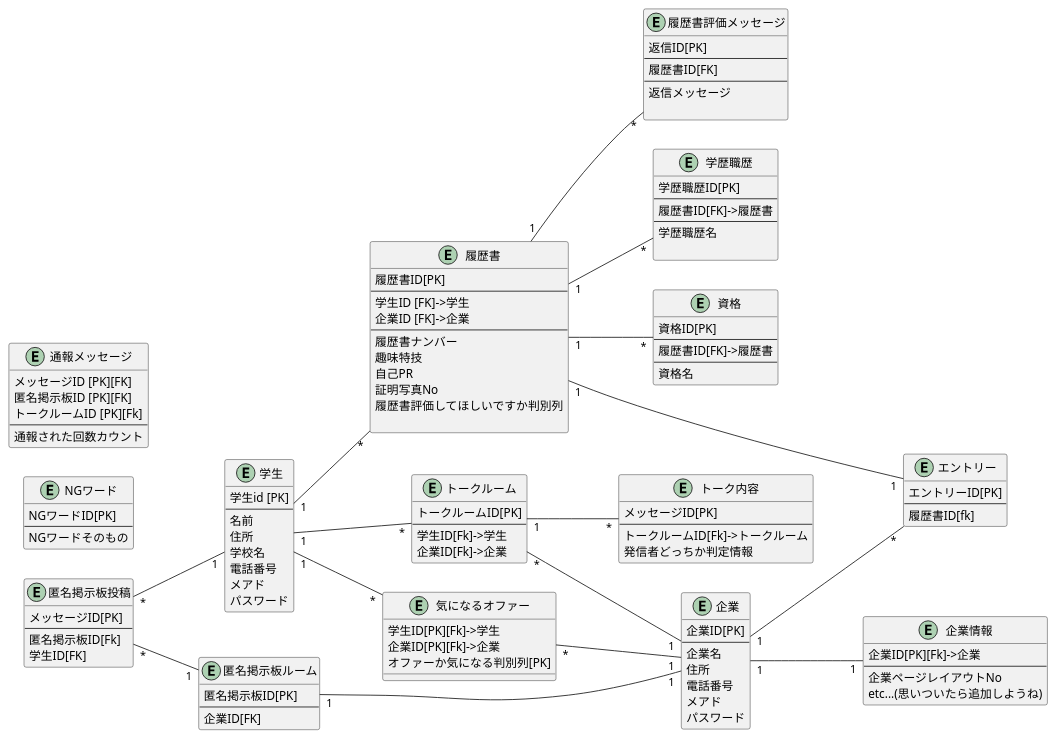
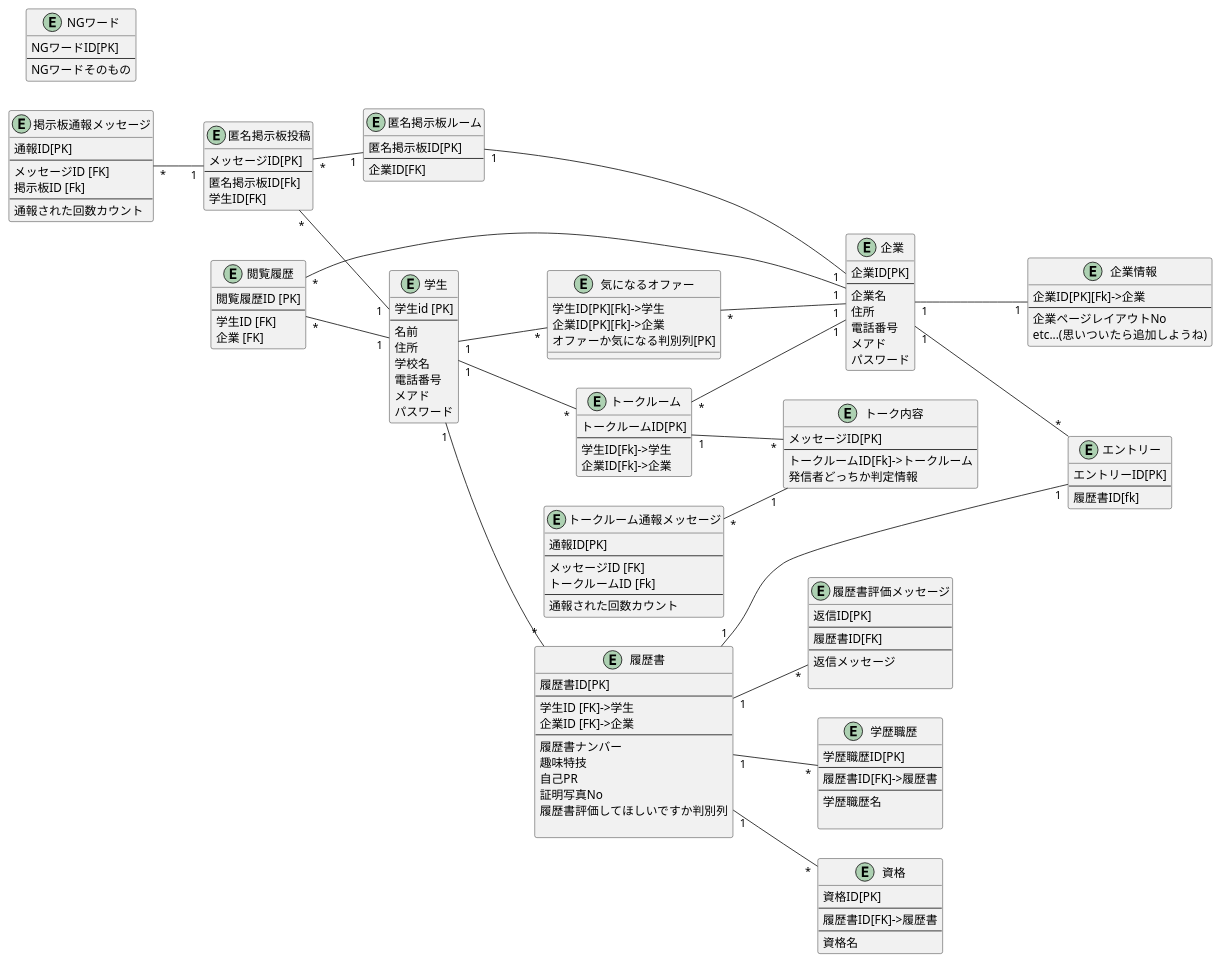
Before and after one commit to 231048Miki/Oto-fu: the diagram in er.pu, drawn with PlantUML. The commit also changed 5 other files, not shown here.

```diff
--- a/er.pu
+++ b/er.pu
@@ -1,141 +1,163 @@
 @startuml
 left to right direction
 
 entity 学生 {
   学生id [PK]
   --
   名前
   住所
   学校名
   電話番号
   メアド
   パスワード
 }
 
 entity 企業 {
     企業ID[PK]
     --
     企業名
     住所
     電話番号
     メアド
     パスワード
 }
 
 entity 履歴書 {
     履歴書ID[PK]
     --
     学生ID [FK]->学生
     企業ID [FK]->企業
     --
     履歴書ナンバー
     趣味特技
     自己PR
     証明写真No
     履歴書評価してほしいですか判別列
 
 }
 
 entity 学歴職歴 {
         学歴職歴ID[PK]
         --
         履歴書ID[FK]->履歴書
         --
         学歴職歴名
 
 }
 
 entity 資格 {
         資格ID[PK]
         --
         履歴書ID[FK]->履歴書
         --
         資格名
 }
 
 entity 匿名掲示板ルーム {
     匿名掲示板ID[PK]
     --
     企業ID[FK]
 }
 entity 匿名掲示板投稿 {
     メッセージID[PK]
     --
     匿名掲示板ID[Fk]
     学生ID[FK]
 }
 
 
 entity トークルーム {
     トークルームID[PK]
     --
     学生ID[Fk]->学生
     企業ID[Fk]->企業
 }
 
 entity トーク内容 {
     メッセージID[PK]
     --
     トークルームID[Fk]->トークルーム
     発信者どっちか判定情報
 }
 
 entity 気になるオファー {
     学生ID[PK][Fk]->学生
     企業ID[PK][Fk]->企業
     オファーか気になる判別列[PK]
 }
 
 entity 企業情報{
      企業ID[PK][Fk]->企業
      --
      企業ページレイアウトNo
      etc...(思いついたら追加しようね)
 }
 
 entity エントリー{
         エントリーID[PK]
         --
         履歴書ID[fk]
 }
 
 entity 履歴書評価メッセージ{
     返信ID[PK]
     --
     履歴書ID[FK]
     --
     返信メッセージ
 
 }
 
 entity NGワード{
     NGワードID[PK]
     --
     NGワードそのもの
 }
 
-entity 通報メッセージ{
-    メッセージID [PK][FK]
-    匿名掲示板ID [PK][FK]
-    トークルームID [PK][Fk]
+entity トークルーム通報メッセージ{
+    通報ID[PK]
+    --
+    メッセージID [FK]
+    トークルームID [Fk]
     --
     通報された回数カウント
 }
+
+entity 掲示板通報メッセージ{
+    通報ID[PK]
+    --
+    メッセージID [FK]
+    掲示板ID [Fk]
+    --
+    通報された回数カウント
+}
+
+entity 閲覧履歴{
+    閲覧履歴ID [PK]
+    --
+    学生ID [FK]
+    企業 [FK]
+}
+
+掲示板通報メッセージ "*"--"1" 匿名掲示板投稿
+トークルーム通報メッセージ "*"--"1" トーク内容
+閲覧履歴 "*" -- "1" 学生
+閲覧履歴 "*" -- "1" 企業
 
 履歴書 "1" -- "*" 履歴書評価メッセージ
 履歴書 "1" -- "1" エントリー
 企業 "1"--"*" エントリー
 匿名掲示板投稿 "*" -- "1" 学生
 匿名掲示板ルーム "1" -- "1" 企業
 匿名掲示板投稿 "*"--"1" 匿名掲示板ルーム
 学生 "1"--"*" 履歴書
 履歴書 "1"--"*" 学歴職歴  
 履歴書 "1"--"*" 資格
 学生 "1"--"*"  気になるオファー
 気になるオファー "*"--"1"企業
 学生 "1"--"*"  トークルーム
 トークルーム "1"--"*" トーク内容
 企業 "1"--"1" 企業情報
 トークルーム "*"--"1" 企業 
 
 @enduml
```
